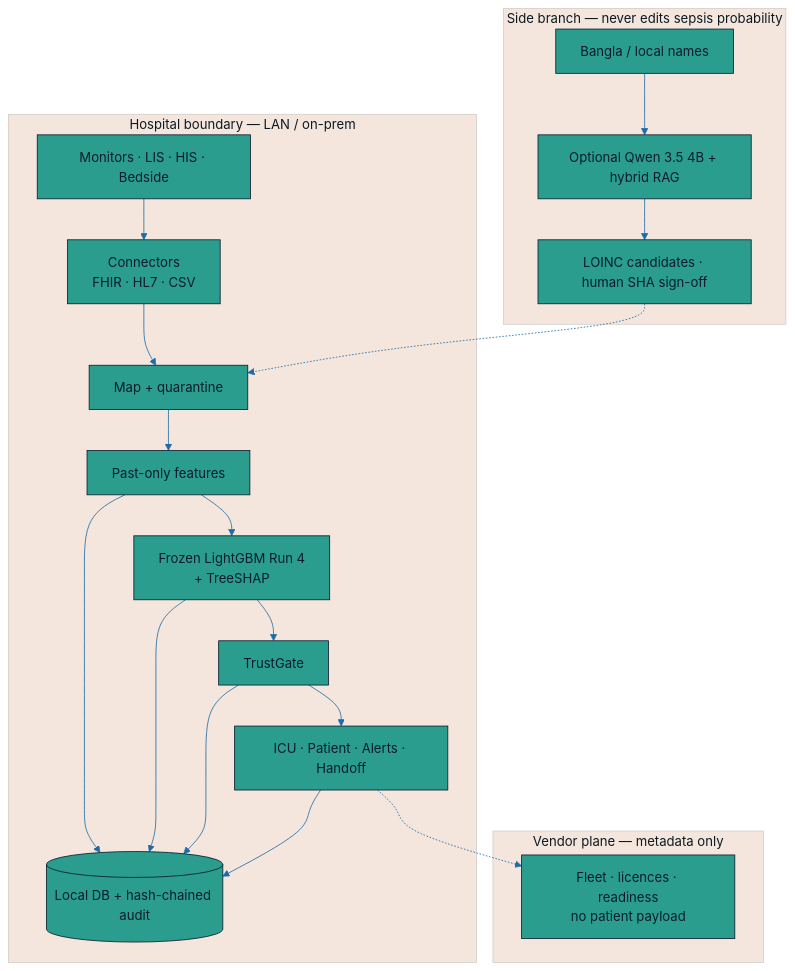
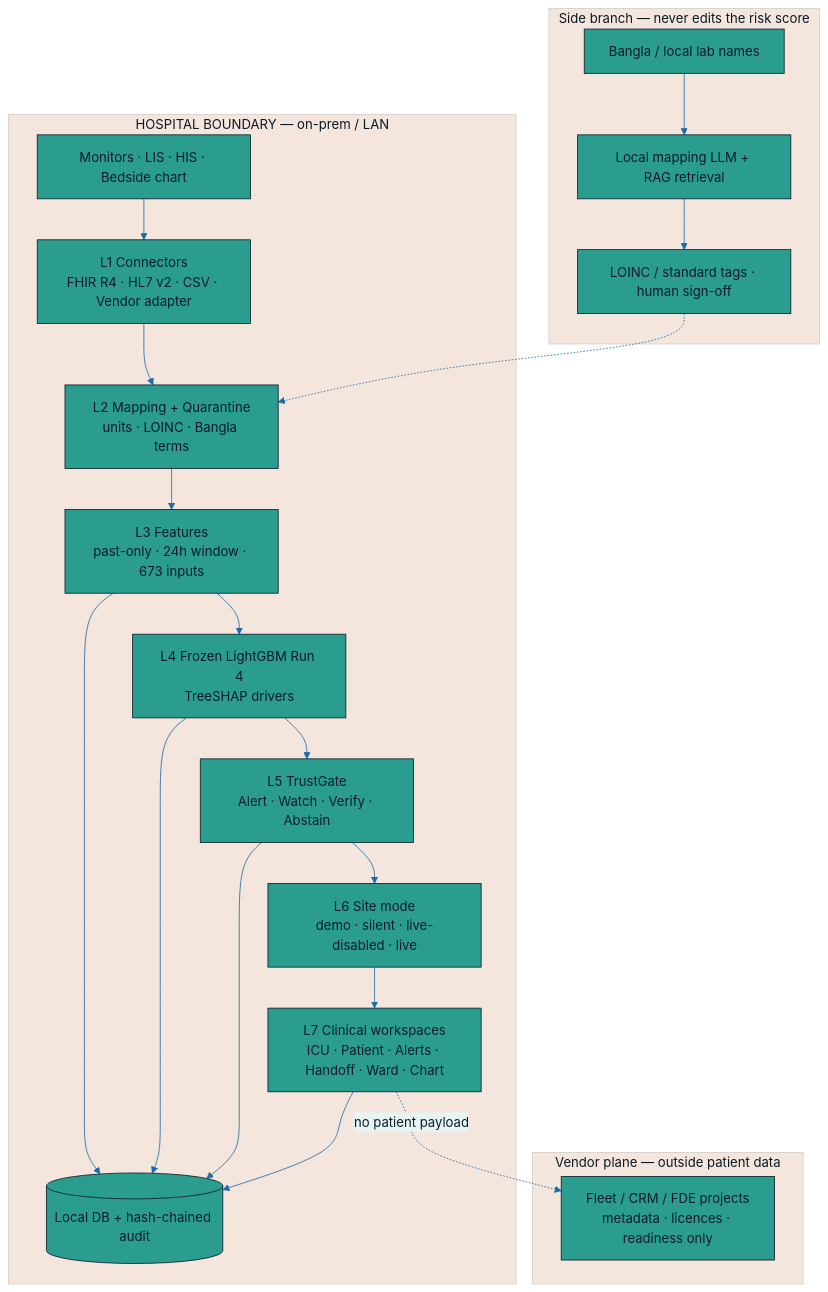
The fourth of 11 diagrams in README.md (tanvir-ahmed-siddique-ctrl/Sepsis), drawn with Mermaid before and after one commit. The commit also changed other lines of this file, not shown here.

````diff
--- a/README.md
+++ b/README.md
@@ -119,31 +245,31 @@
 ```mermaid
-%%{init: {'theme':'base', 'themeVariables': { 'primaryColor':'#2A9D8F','primaryTextColor':'#0B1C2C','primaryBorderColor':'#0B1C2C','lineColor':'#1B6CA8','secondaryColor':'#E8F4F1','tertiaryColor':'#F4E6DC','background':'#F7FAFC'}}}%%
+%%{init: {'theme':'base','themeVariables':{'primaryColor':'#2A9D8F','primaryTextColor':'#0B1C2C','primaryBorderColor':'#0B1C2C','lineColor':'#1B6CA8','secondaryColor':'#E8F4F1','tertiaryColor':'#F4E6DC'}}}%%
 flowchart TB
-  subgraph HOSPITAL["Hospital boundary — LAN / on-prem"]
-    SRC["Monitors · LIS · HIS · Bedside"]
-    CONN["Connectors<br/>FHIR · HL7 · CSV"]
-    MAP["Map + quarantine"]
-    FEAT["Past-only features"]
-    ML["Frozen LightGBM Run 4<br/>+ TreeSHAP"]
-    TG["TrustGate"]
-    UI["ICU · Patient · Alerts · Handoff"]
+  subgraph HOSP["HOSPITAL BOUNDARY — on-prem / LAN"]
+    SRC["Monitors · LIS · HIS · Bedside chart"]
+    CONN["L1 Connectors<br/>FHIR R4 · HL7 v2 · CSV · Vendor adapter"]
+    MAP["L2 Mapping + Quarantine<br/>units · LOINC · Bangla terms"]
+    FEAT["L3 Features<br/>past-only · 24h window · 673 inputs"]
+    ML["L4 Frozen LightGBM Run 4<br/>TreeSHAP drivers"]
+    TG["L5 TrustGate<br/>Alert · Watch · Verify · Abstain"]
+    MODE["L6 Site mode<br/>demo · silent · live-disabled · live"]
+    UI["L7 Clinical workspaces<br/>ICU · Patient · Alerts · Handoff · Ward · Chart"]
     DB[("Local DB + hash-chained audit")]
-    SRC --> CONN --> MAP --> FEAT --> ML --> TG --> UI
+    SRC --> CONN --> MAP --> FEAT --> ML --> TG --> MODE --> UI
     FEAT --> DB
     ML --> DB
     TG --> DB
     UI --> DB
   end
-
-  subgraph SIDE["Side branch — never edits sepsis probability"]
-    BN["Bangla / local names"]
-    QW["Optional Qwen 3.5 4B + hybrid RAG"]
-    LO["LOINC candidates · human SHA sign-off"]
-    BN --> QW --> LO -.-> MAP
+  subgraph SIDE["Side branch — never edits the risk score"]
+    BN["Bangla / local lab names"]
+    LLM["Local mapping LLM + RAG retrieval"]
+    LOINC["LOINC / standard tags · human sign-off"]
+    BN --> LLM --> LOINC
+    LOINC -.-> MAP
   end
-
-  subgraph VENDOR["Vendor plane — metadata only"]
-    FLEET["Fleet · licences · readiness<br/>no patient payload"]
+  subgraph VENDOR["Vendor plane — outside patient data"]
+    FLEET["Fleet / CRM / FDE projects<br/>metadata · licences · readiness only"]
   end
-  UI -.-> FLEET
+  UI -.->|no patient payload| FLEET
 ```
````
